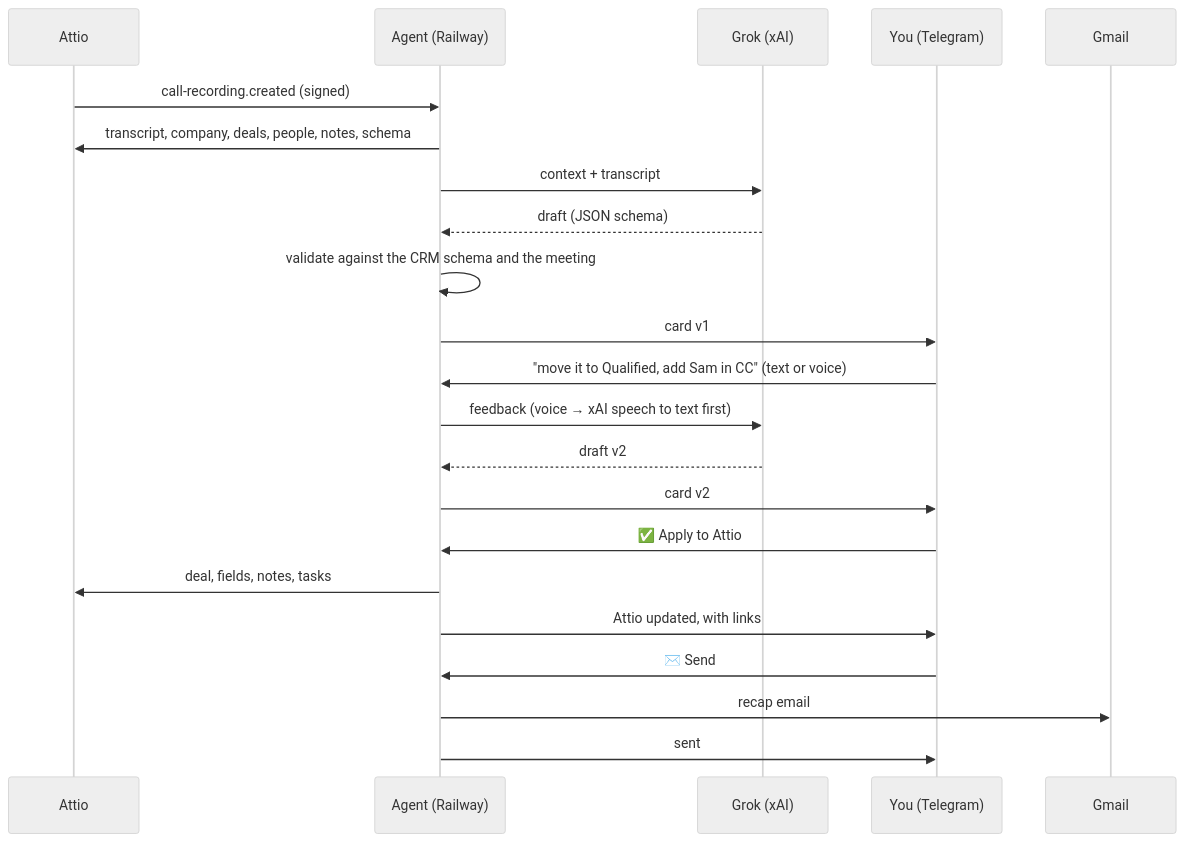
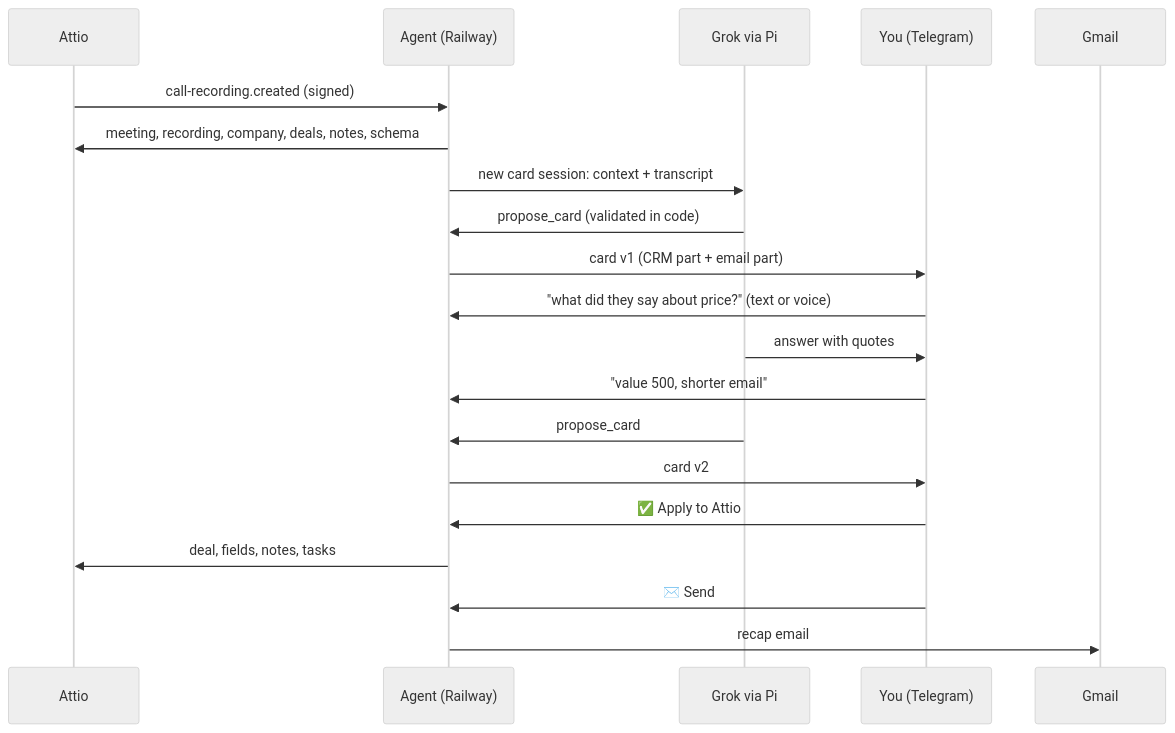
One commit to getbeton/attio-call-agent changed the diagram in README.md. Above: the diagram before and after it, drawn with Mermaid (neutral theme). The commit also changed other lines of this file and 22 other files, not shown here.

````diff
--- a/README.md
+++ b/README.md
@@ -77,24 +80,22 @@
 ```mermaid
 sequenceDiagram
     participant A as Attio
     participant S as Agent (Railway)
-    participant G as Grok (xAI)
+    participant G as Grok via Pi
     participant T as You (Telegram)
     participant M as Gmail
     A->>S: call-recording.created (signed)
-    S->>A: transcript, company, deals, people, notes, schema
-    S->>G: context + transcript
-    G-->>S: draft (JSON schema)
-    S->>S: validate against the CRM schema and the meeting
-    S->>T: card v1
-    T->>S: "move it to Qualified, add Sam in CC" (text or voice)
-    S->>G: feedback (voice → xAI speech to text first)
-    G-->>S: draft v2
+    S->>A: meeting, recording, company, deals, notes, schema
+    S->>G: new card session: context + transcript
+    G->>S: propose_card (validated in code)
+    S->>T: card v1 (CRM part + email part)
+    T->>S: "what did they say about price?" (text or voice)
+    G->>T: answer with quotes
+    T->>S: "value 500, shorter email"
+    G->>S: propose_card
     S->>T: card v2
     T->>S: ✅ Apply to Attio
     S->>A: deal, fields, notes, tasks
-    S->>T: Attio updated, with links
     T->>S: ✉️ Send
     S->>M: recap email
-    S->>T: sent
 ```
````
